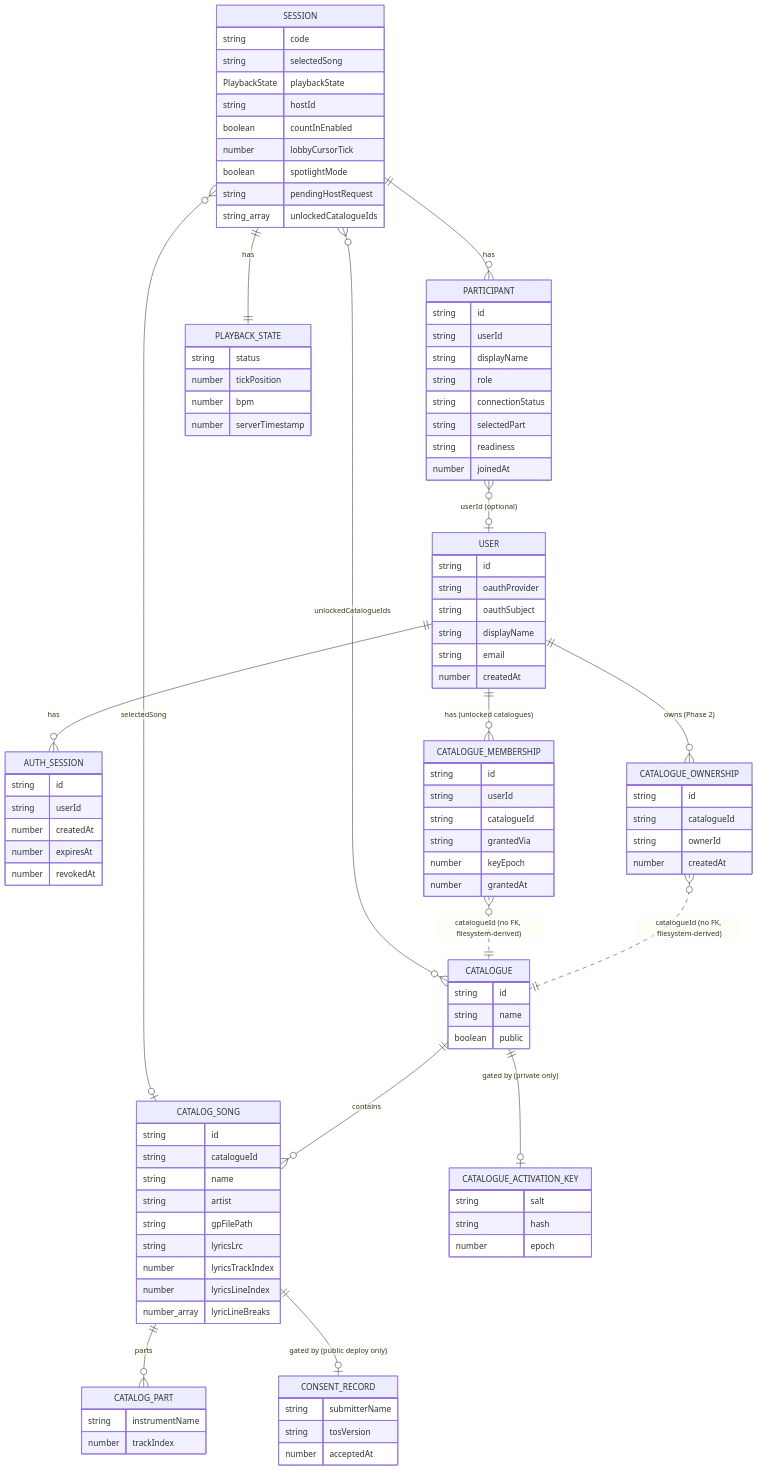
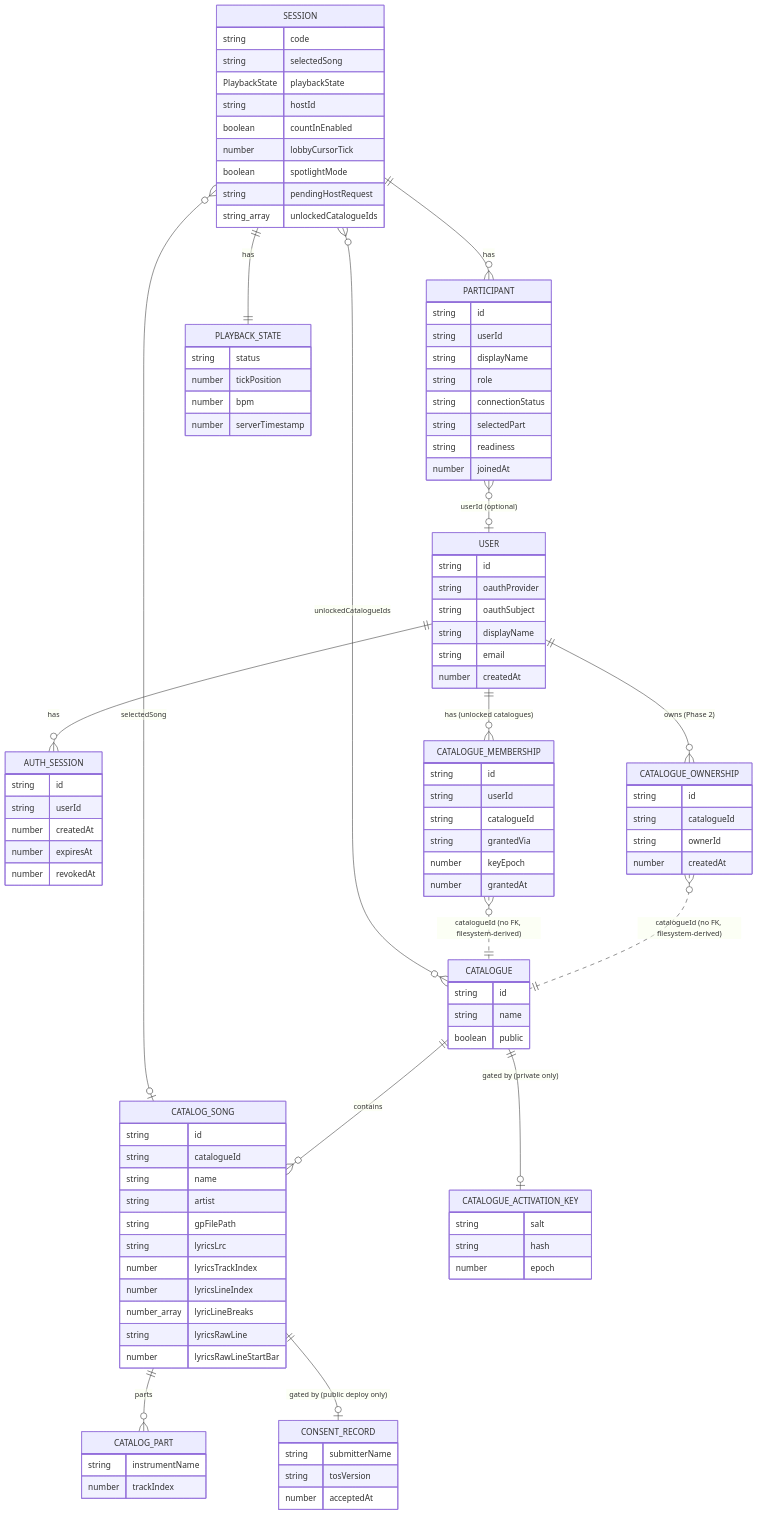
The first of 3 diagrams in README.md (kinda-bad/sync-tab-scroll), drawn with Mermaid before and after one commit. The commit also changed other lines of this file and 3 other files, not shown here.

First line of the commit message:
docs(readme): refresh all three mermaid diagrams (readiness, raw-line fields, newest Bar/prefs)

```diff
--- a/README.md
+++ b/README.md
@@ -261,6 +261,8 @@
         number lyricsTrackIndex
         number lyricsLineIndex
         number_array lyricLineBreaks
+        string lyricsRawLine
+        number lyricsRawLineStartBar
     }
     CATALOGUE {
         string id
```
